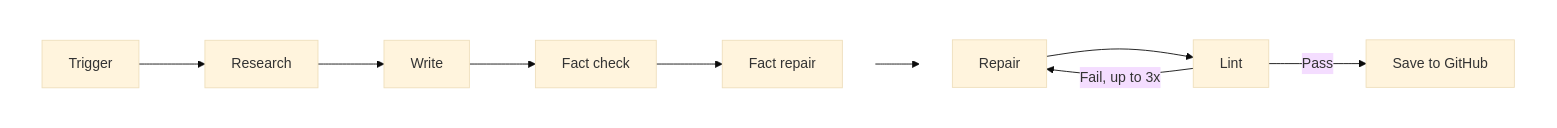
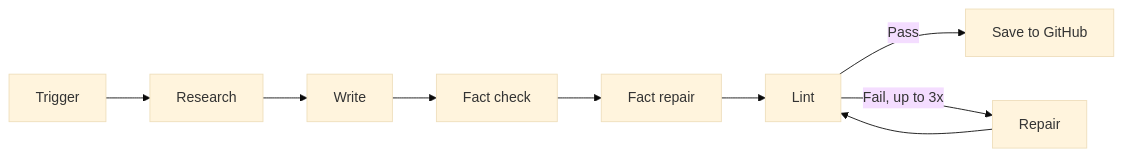
The diagram in README.md (kevinsundstrom/vercel-case-study), drawn with Mermaid (base theme) before and after one commit.

Commit message:
fix: remove subgraphs, let dagre natural layout create two rows

````diff
--- a/README.md
+++ b/README.md
@@ -29,16 +29,7 @@
 ```mermaid
 flowchart LR
-    subgraph top[ ]
-        direction LR
-        A[Trigger] --> B[Research] --> C[Write] --> D[Fact check] --> E[Fact repair]
-    end
-    subgraph bottom[ ]
-        direction LR
-        H[Repair] --> F[Lint] -->|Pass| G[Save to GitHub]
-    end
+    A[Trigger] --> B[Research] --> C[Write] --> D[Fact check] --> E[Fact repair]
+    H[Repair] --> F[Lint] -->|Pass| G[Save to GitHub]
     E --> F
     F -->|Fail, up to 3x| H
-
-    style top fill:none,stroke:none
-    style bottom fill:none,stroke:none
 ```
````
